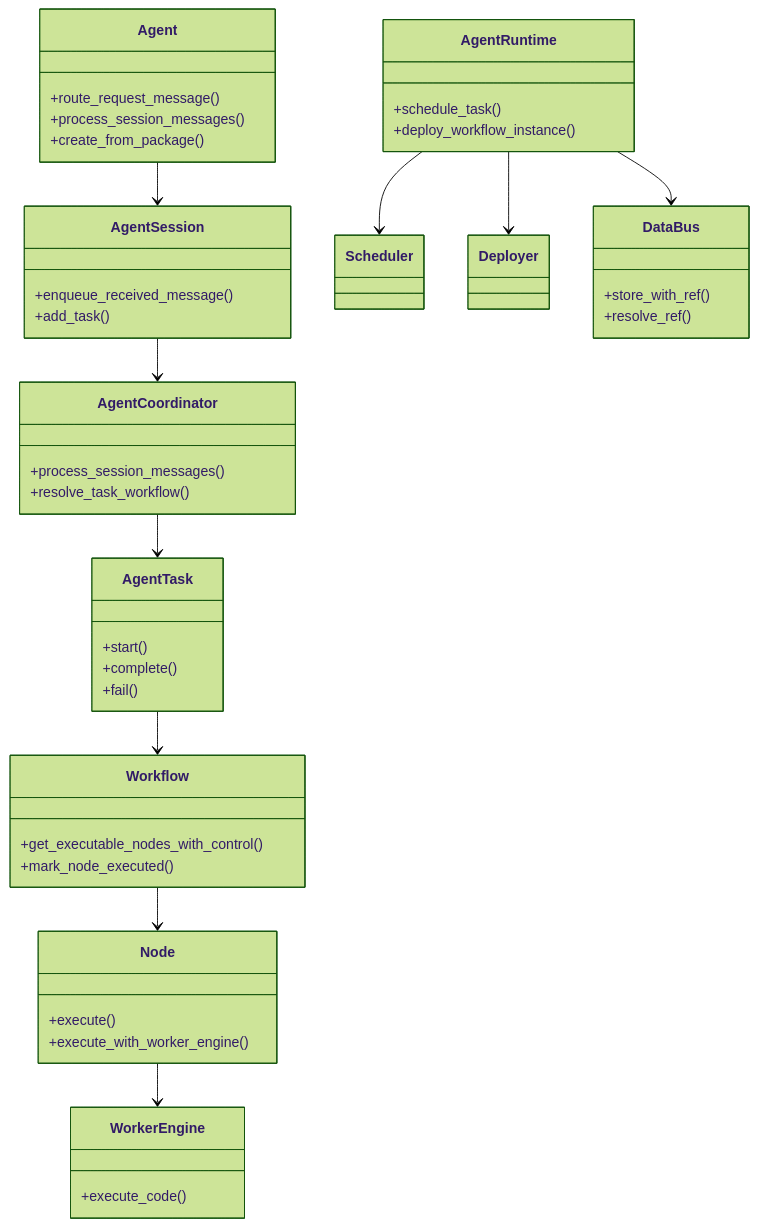
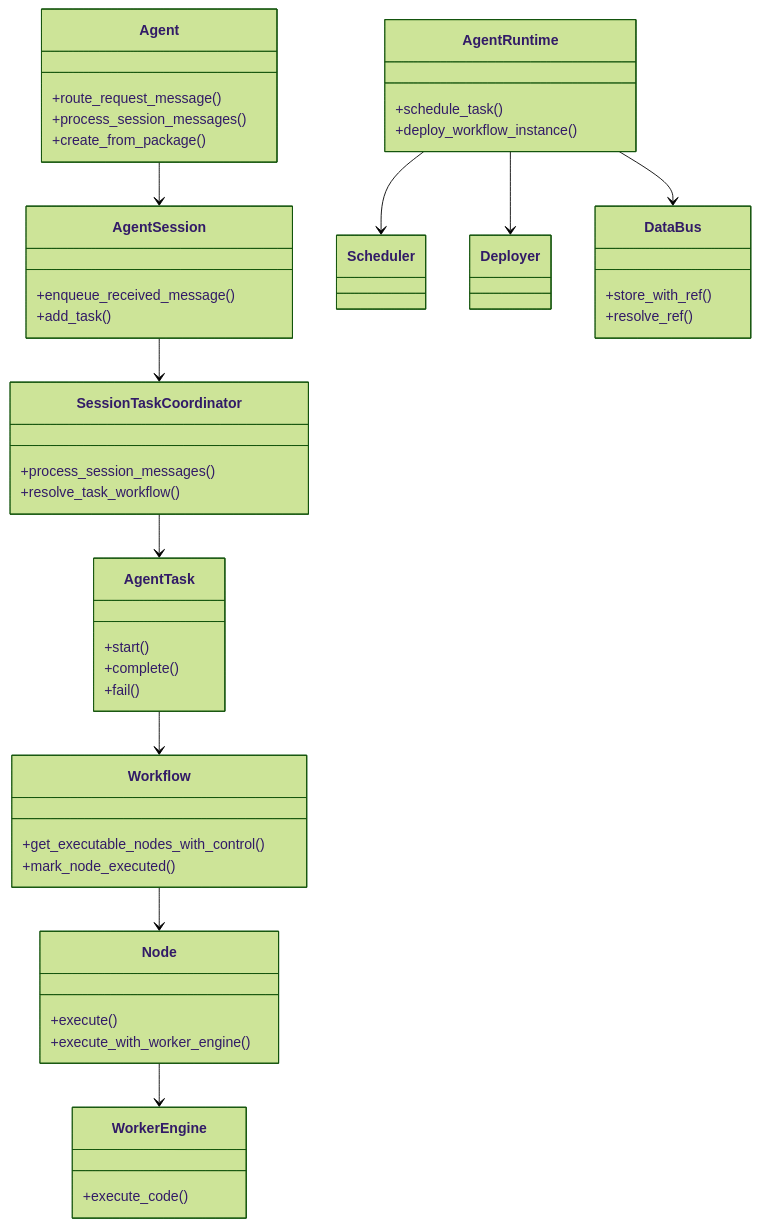
One commit to xyz11274/agentf changed the ninth of 14 diagrams in docs/ARCHITECTURE.md. Above: the diagram before and after it, drawn with Mermaid (forest theme). The commit also changed other lines of this file and 25 other files, not shown here.

````diff
--- a/docs/ARCHITECTURE.md
+++ b/docs/ARCHITECTURE.md
@@ -383,52 +383,52 @@
 ```mermaid
 classDiagram
     class Agent {
       +route_request_message()
       +process_session_messages()
       +create_from_package()
     }
     class AgentSession {
       +enqueue_received_message()
       +add_task()
     }
-    class AgentCoordinator {
+    class SessionTaskCoordinator {
       +process_session_messages()
       +resolve_task_workflow()
     }
     class AgentTask {
       +start()
       +complete()
       +fail()
     }
     class Workflow {
       +get_executable_nodes_with_control()
       +mark_node_executed()
     }
     class Node {
       +execute()
       +execute_with_worker_engine()
     }
     class AgentRuntime {
       +schedule_task()
       +deploy_workflow_instance()
     }
     class Scheduler
     class Deployer
     class WorkerEngine {
       +execute_code()
     }
     class DataBus {
       +store_with_ref()
       +resolve_ref()
     }
 
     Agent --> AgentSession
-    AgentSession --> AgentCoordinator
-    AgentCoordinator --> AgentTask
+    AgentSession --> SessionTaskCoordinator
+    SessionTaskCoordinator --> AgentTask
     AgentTask --> Workflow
     Workflow --> Node
     AgentRuntime --> Scheduler
     AgentRuntime --> Deployer
     Node --> WorkerEngine
     AgentRuntime --> DataBus
 ```
````
